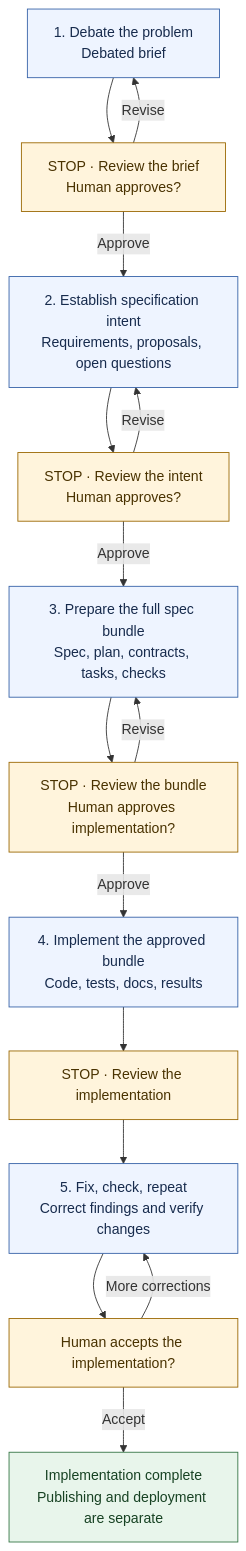
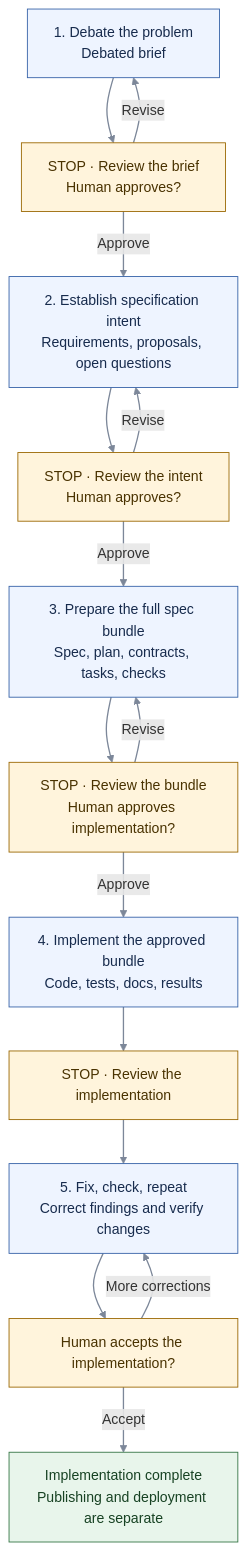
The diagram in docs/blog/2026-09-12-beyond-the-dumb-zone.md (ActiveMemory/ctx), drawn with Mermaid before and after one commit. The commit also changed 2 other files, not shown here.

````diff
--- a/docs/blog/2026-09-12-beyond-the-dumb-zone.md
+++ b/docs/blog/2026-09-12-beyond-the-dumb-zone.md
@@ -356,35 +356,37 @@
 ```mermaid
-%%{init: {"themeCSS": ".node.work .nodeLabel p { color: #172b4d !important; } .node.stop .nodeLabel p { color: #493200 !important; } .node.complete .nodeLabel p { color: #174223 !important; }"}}%%
+%%{init: {"themeCSS": ".node.work .nodeLabel p { color: #172b4d !important; } .node.stop .nodeLabel p { color: #493200 !important; } .node.complete .nodeLabel p { color: #174223 !important; } .edgeLabel, .edgeLabel p { color: #172b4d !important; background-color: #eef4ff !important; } .labelBkg { fill: #eef4ff !important; opacity: 1 !important; } marker path { fill: #7c8799 !important; stroke: #7c8799 !important; }"}}%%
 flowchart TD
     brief["1. Debate the problem<br/>Debated brief"]
     reviewBrief["STOP · Review the brief<br/>Human approves?"]
     intent["2. Establish specification intent<br/>Requirements, proposals, open questions"]
     reviewIntent["STOP · Review the intent<br/>Human approves?"]
     bundle["3. Prepare the full spec bundle<br/>Spec, plan, contracts, tasks, checks"]
     reviewBundle["STOP · Review the bundle<br/>Human approves implementation?"]
     code["4. Implement the approved bundle<br/>Code, tests, docs, results"]
     reviewCode["STOP · Review the implementation"]
     repair["5. Fix, check, repeat<br/>Correct findings and verify changes"]
     accept["Human accepts the implementation?"]
     done["Implementation complete<br/>Publishing and deployment are separate"]
 
     brief --> reviewBrief
     reviewBrief -->|Revise| brief
     reviewBrief -->|Approve| intent
     intent --> reviewIntent
     reviewIntent -->|Revise| intent
     reviewIntent -->|Approve| bundle
     bundle --> reviewBundle
     reviewBundle -->|Revise| bundle
     reviewBundle -->|Approve| code
     code --> reviewCode --> repair --> accept
     accept -->|More corrections| repair
     accept -->|Accept| done
 
+    linkStyle default stroke:#7c8799,stroke-width:1.5px;
+
     classDef work fill:#eef4ff,stroke:#3561a7,color:#172b4d;
     classDef stop fill:#fff4dc,stroke:#9a6700,color:#493200;
     classDef complete fill:#e8f5eb,stroke:#347544,color:#174223;
     class brief,intent,bundle,code,repair work;
     class reviewBrief,reviewIntent,reviewBundle,reviewCode,accept stop;
     class done complete;
 ```
````
